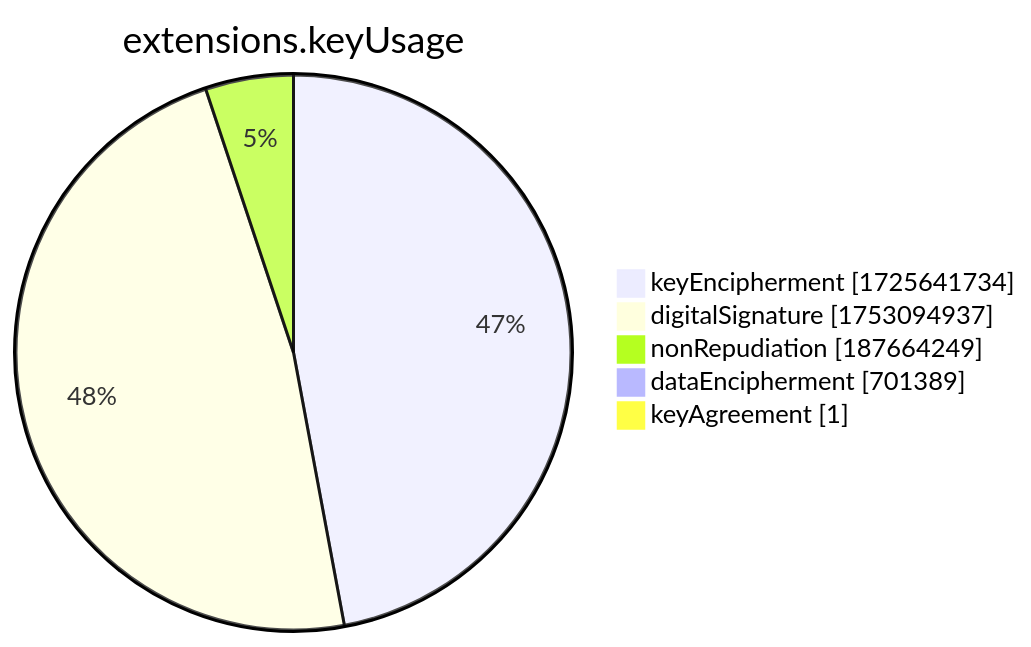
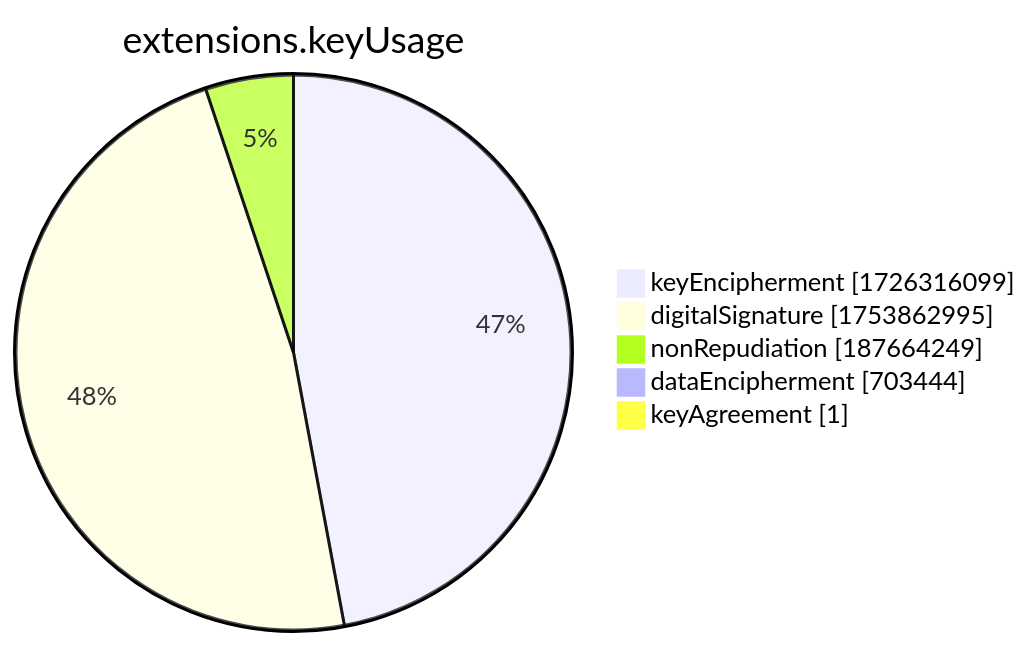
The seventh of 15 diagrams in xenon2022/README.md (christiankrug/ctmonitor_visualization), drawn with Mermaid before and after one commit. The commit also changed other lines of this file, not shown here.

````diff
--- a/xenon2022/README.md
+++ b/xenon2022/README.md
@@ -2859,9 +2859,9 @@
 ```mermaid
 pie showData
 title extensions.keyUsage
-"keyEncipherment" :1725641734
-"digitalSignature" :1753094937
+"keyEncipherment" :1726316099
+"digitalSignature" :1753862995
 "nonRepudiation" :187664249
-"dataEncipherment" :701389
+"dataEncipherment" :703444
 "keyAgreement" :1
 ```
````
